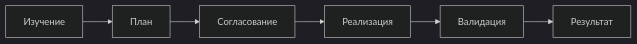
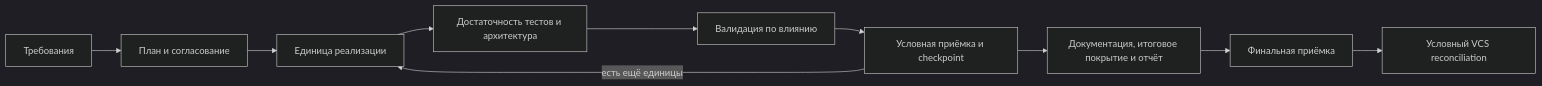
The first of 13 diagrams in packages/docs/src/content/docs/ru/docs/reference/workflow-templates.mdx (moira-mcp/moira), drawn with Mermaid (dark theme) before and after one commit. The commit also changed other lines of this file and 91 other files, not shown here.

First line of the commit message:
feat(workflows): apply robust flow refactor bundle

````diff
--- a/packages/docs/src/content/docs/ru/docs/reference/workflow-templates.mdx
+++ b/packages/docs/src/content/docs/ru/docs/reference/workflow-templates.mdx
@@ -24,4 +24,11 @@
 ```mermaid
 flowchart LR
-    A[Изучение] --> B[План] --> C[Согласование] --> D[Реализация] --> E[Валидация] --> F[Результат]
+    A[Требования] --> B[План и согласование] --> C[Единица реализации]
+    C --> D[Достаточность тестов и архитектура]
+    D --> E[Валидация по влиянию]
+    E --> G[Условная приёмка и checkpoint]
+    G -->|есть ещё единицы| C
+    G --> F[Документация, итоговое покрытие и отчёт]
+    F --> H[Финальная приёмка]
+    H --> I[Условный VCS reconciliation]
 ```
````
